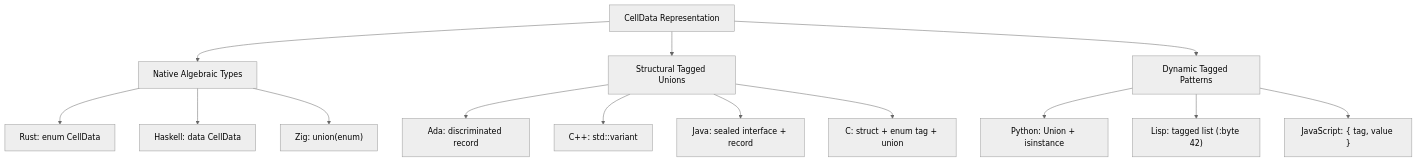
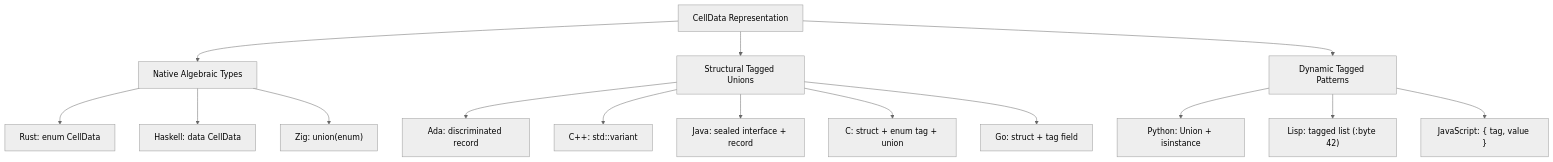
The fifth of 8 diagrams in docs/RCA_CROSS_LANGUAGE_VARIANTS.md (gvnwltrs/regulated-cell-architecture), drawn with Mermaid (neutral theme) before and after one commit. The commit also changed other lines of this file and 1 other file, not shown here.

````diff
--- a/docs/RCA_CROSS_LANGUAGE_VARIANTS.md
+++ b/docs/RCA_CROSS_LANGUAGE_VARIANTS.md
@@ -483,16 +516,17 @@
 ```mermaid
 graph TD
     CD[CellData Representation] --> N[Native Algebraic Types]
     CD --> S[Structural Tagged Unions]
     CD --> D[Dynamic Tagged Patterns]
     N --> Rust["Rust: enum CellData"]
     N --> Haskell["Haskell: data CellData"]
     N --> Zig["Zig: union(enum)"]
     S --> Ada["Ada: discriminated record"]
     S --> Cpp["C++: std::variant"]
     S --> Java["Java: sealed interface + record"]
     S --> C["C: struct + enum tag + union"]
+    S --> Go["Go: struct + tag field"]
     D --> Python["Python: Union + isinstance"]
     D --> Lisp["Lisp: tagged list (:byte 42)"]
     D --> JS["JavaScript: { tag, value }"]
 ```
````
